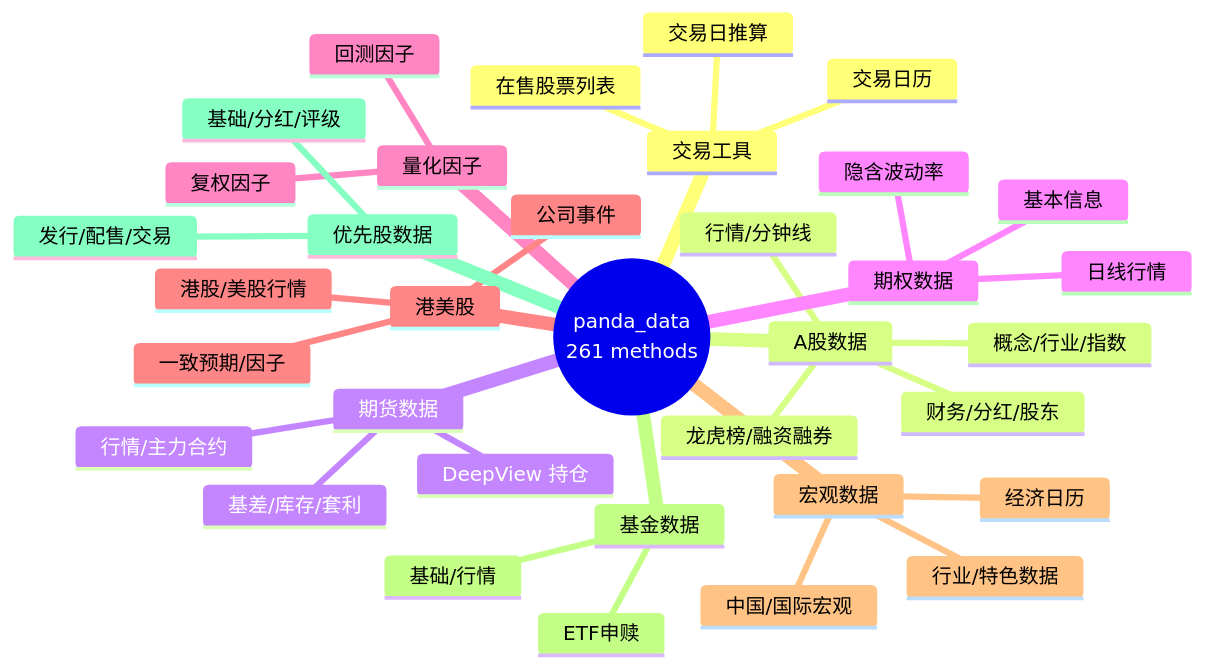
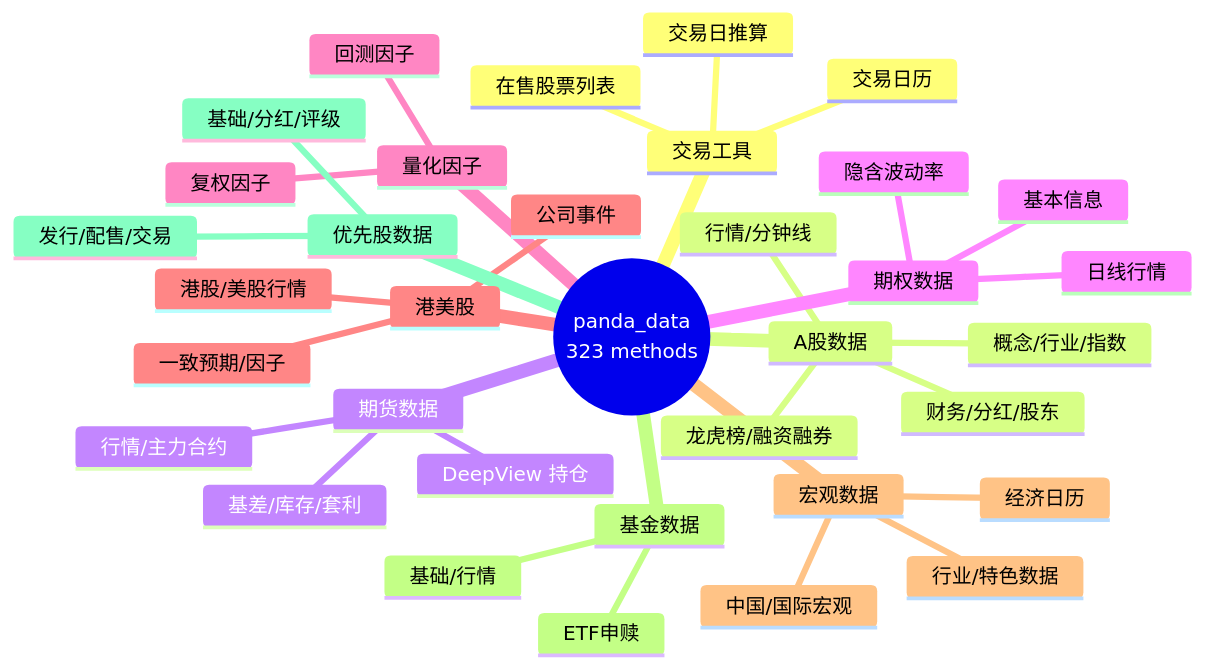
One commit to quantskills/skill-pandadata-api changed the first of 2 diagrams in README.md. Above: the diagram before and after it, drawn with Mermaid. The commit also changed other lines of this file and 19 other files, not shown here.

Commit message:
feat: support panda_data 1.0.6 and shared consumer contract checks

````diff
--- a/README.md
+++ b/README.md
@@ -35,38 +35,38 @@
 ```mermaid
 mindmap
-  root((panda_data<br/>261 methods))
+  root((panda_data<br/>323 methods))
     交易工具
       交易日历
       交易日推算
       在售股票列表
     A股数据
       行情/分钟线
       概念/行业/指数
       龙虎榜/融资融券
       财务/分红/股东
     期货数据
       行情/主力合约
       DeepView 持仓
       基差/库存/套利
     期权数据
       基本信息
       日线行情
       隐含波动率
     量化因子
       回测因子
       复权因子
     港美股
       港股/美股行情
       公司事件
       一致预期/因子
     宏观数据
       中国/国际宏观
       行业/特色数据
       经济日历
     基金数据
       基础/行情
       ETF申赎
     优先股数据
       基础/分红/评级
       发行/配售/交易
 ```
````
